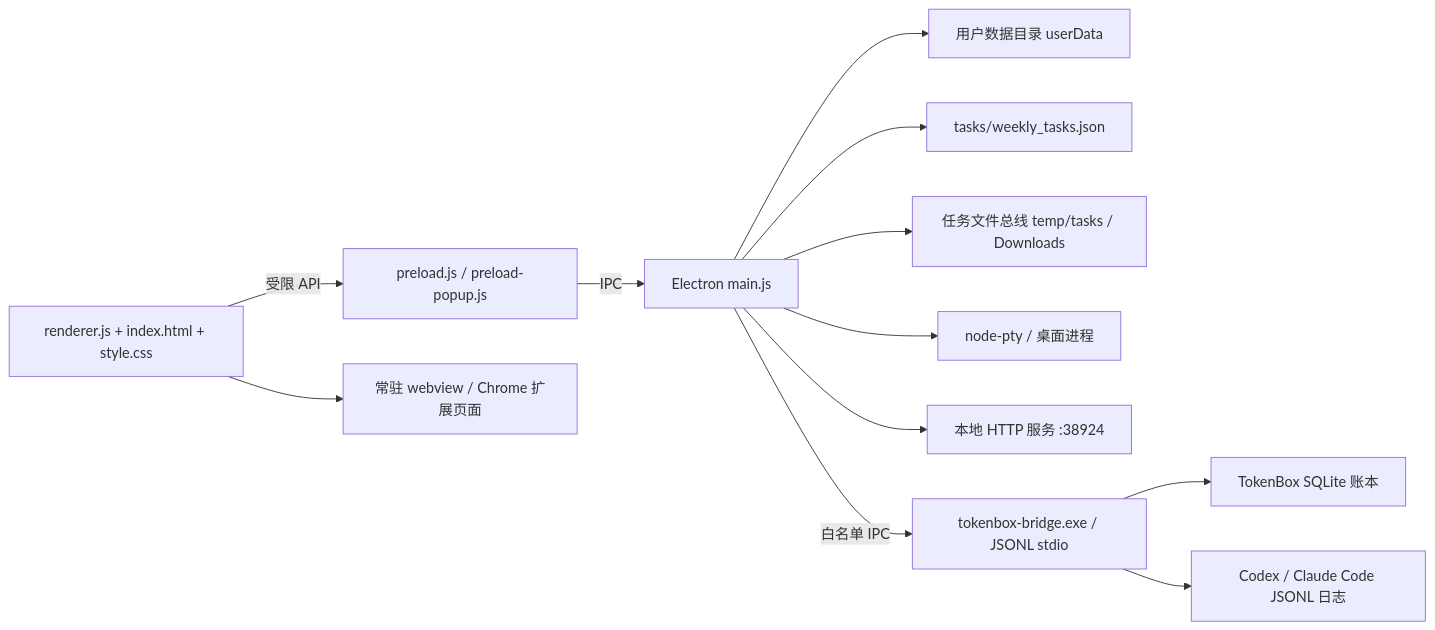
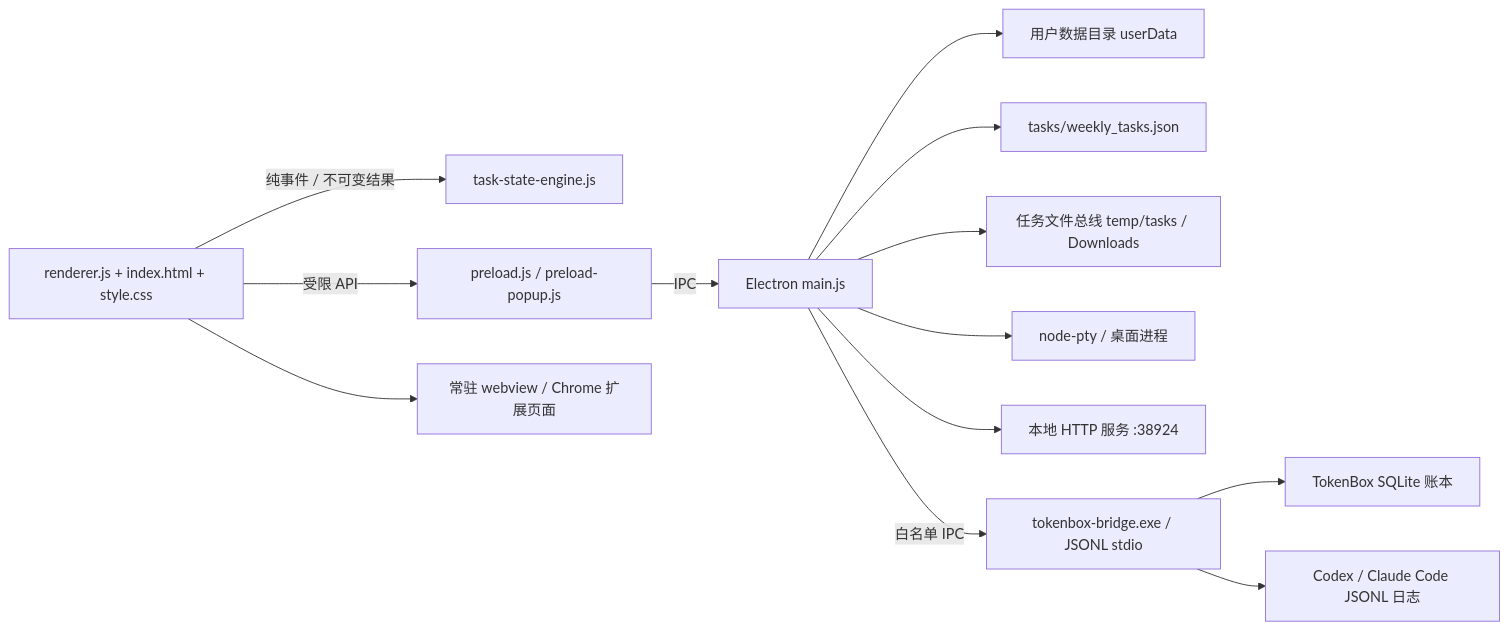
Before and after one commit to yujianshenming/ai-collab-hub: the diagram in personal-workbench/docs/PROJECT_HANDBOOK.md, drawn with Mermaid. The commit also changed other lines of this file and 12 other files, not shown here.

````diff
--- a/personal-workbench/docs/PROJECT_HANDBOOK.md
+++ b/personal-workbench/docs/PROJECT_HANDBOOK.md
@@ -106,27 +106,29 @@
 ```mermaid
 flowchart LR
   UI[renderer.js + index.html + style.css]
+  STATE[task-state-engine.js]
   PRELOAD[preload.js / preload-popup.js]
   MAIN[Electron main.js]
   WEB[常驻 webview / Chrome 扩展页面]
   DATA[用户数据目录 userData]
   TASKS[tasks/weekly_tasks.json]
   BUS[任务文件总线 temp/tasks / Downloads]
   PTY[node-pty / 桌面进程]
   HTTP[本地 HTTP 服务 :38924]
   BRIDGE[tokenbox-bridge.exe / JSONL stdio]
   TOKENDB[TokenBox SQLite 账本]
   LOGS[Codex / Claude Code JSONL 日志]
 
   UI -->|受限 API| PRELOAD
+  UI -->|纯事件 / 不可变结果| STATE
   PRELOAD -->|IPC| MAIN
   UI --> WEB
   MAIN --> DATA
   MAIN --> TASKS
   MAIN --> BUS
   MAIN --> PTY
   MAIN --> HTTP
   MAIN -->|白名单 IPC| BRIDGE
   BRIDGE --> TOKENDB
   BRIDGE --> LOGS
 ```
````
